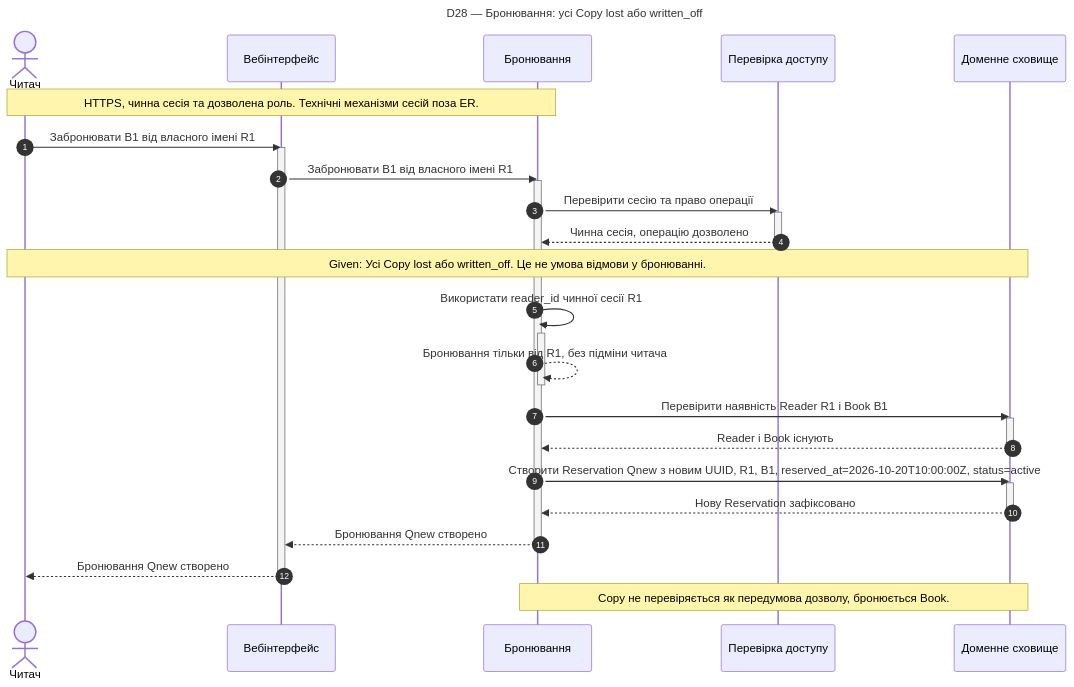
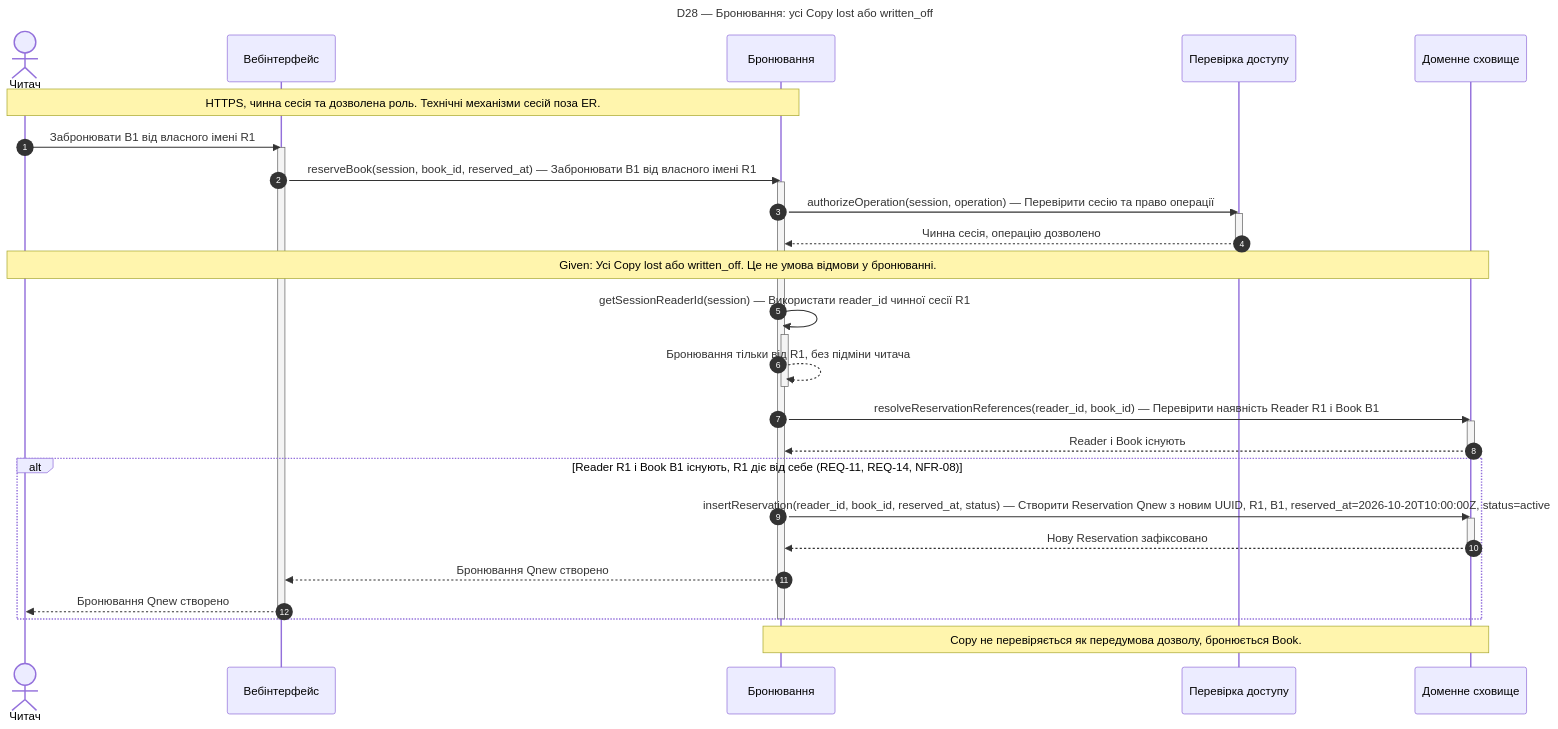
The diagram in lab3/diagrams/uc-09-reserve-inactive.mmd (the1nurz/mavpz), drawn with Mermaid before and after one commit. The commit also changed 61 other files, not shown here.

Commit message:
fix(lab3): improve sequence diagram fragments and messages

```diff
--- a/lab3/diagrams/uc-09-reserve-inactive.mmd
+++ b/lab3/diagrams/uc-09-reserve-inactive.mmd
@@ -1,37 +1,39 @@
 sequenceDiagram
     autonumber
     %% D28 | UC-09 | SC-15; 3: усі Copy lost або written_off
     %% REQ-14 | NFR-05, NFR-07, NFR-08, NFR-09, NFR-10, NFR-11
     title D28 — Бронювання: усі Copy lost або written_off
     actor A as Читач
     participant UI as Вебінтерфейс
     participant S as Бронювання
     participant Access as Перевірка доступу
     participant Store as Доменне сховище
     Note over A,S: HTTPS, чинна сесія та дозволена роль. Технічні механізми сесій поза ER.
     A->>UI: Забронювати B1 від власного імені R1
     activate UI
-    UI->>S: Забронювати B1 від власного імені R1
+    UI->>S: reserveBook(session, book_id, reserved_at) — Забронювати B1 від власного імені R1
     activate S
-    S->>Access: Перевірити сесію та право операції
+    S->>Access: authorizeOperation(session, operation) — Перевірити сесію та право операції
     activate Access
     Access-->>S: Чинна сесія, операцію дозволено
     deactivate Access
     Note over A,Store: Given: Усі Copy lost або written_off. Це не умова відмови у бронюванні.
-    S->>S: Використати reader_id чинної сесії R1
+    S->>S: getSessionReaderId(session) — Використати reader_id чинної сесії R1
     activate S
     S-->>S: Бронювання тільки від R1, без підміни читача
     deactivate S
-    S->>Store: Перевірити наявність Reader R1 і Book B1
+    S->>Store: resolveReservationReferences(reader_id, book_id) — Перевірити наявність Reader R1 і Book B1
     activate Store
     Store-->>S: Reader і Book існують
     deactivate Store
-    S->>Store: Створити Reservation Qnew з новим UUID, R1, B1, reserved_at=2026-10-20T10:00:00Z, status=active
+    alt Reader R1 і Book B1 існують, R1 діє від себе (REQ-11, REQ-14, NFR-08)
+    S->>Store: insertReservation(reader_id, book_id, reserved_at, status) — Створити Reservation Qnew з новим UUID, R1, B1, reserved_at=2026-10-20T10:00:00Z, status=active
     activate Store
     Store-->>S: Нову Reservation зафіксовано
     deactivate Store
     S-->>UI: Бронювання Qnew створено
+    UI-->>A: Бронювання Qnew створено
+    end
     deactivate S
-    UI-->>A: Бронювання Qnew створено
     deactivate UI
     Note over S,Store: Copy не перевіряється як передумова дозволу, бронюється Book.
```
